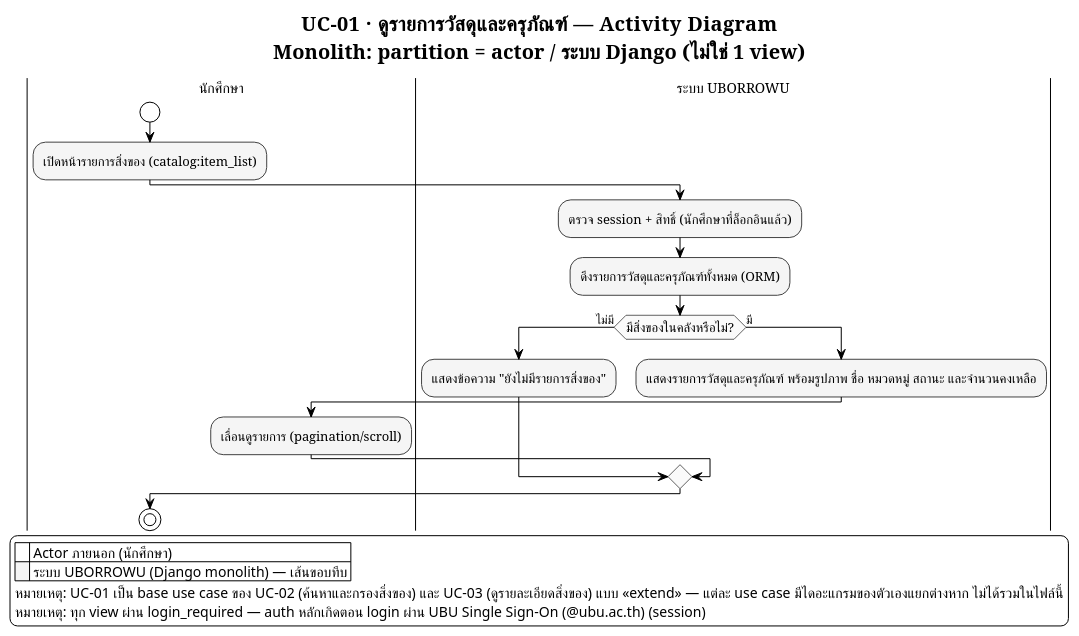
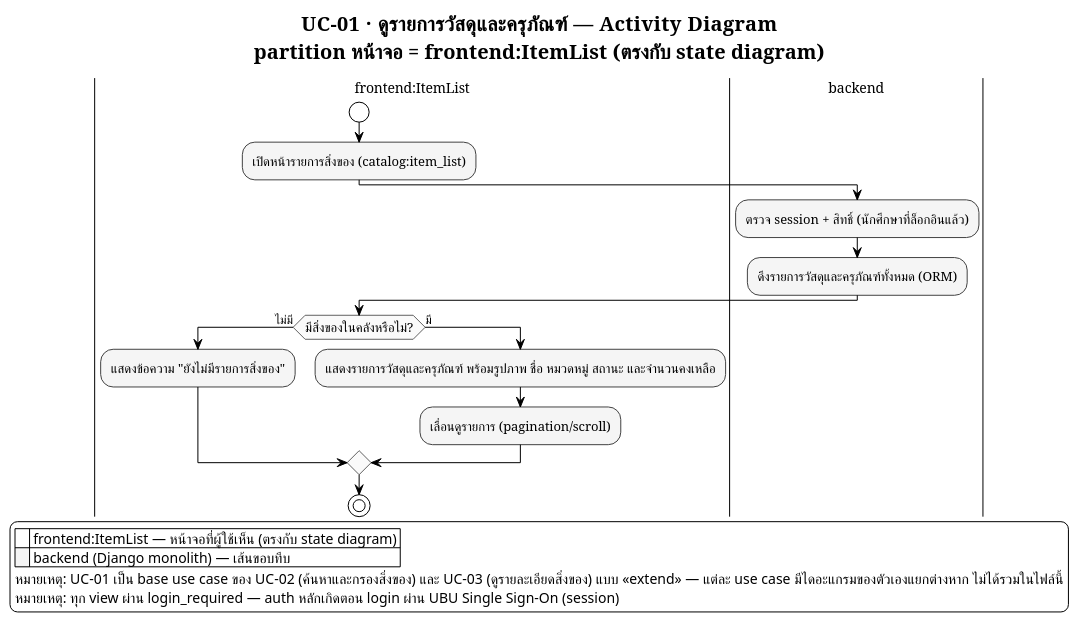
One commit to patlnwza-007/project-2569 changed the diagram in proposal/usecase/activity_module2_uc01.puml. Above: the diagram before and after it, drawn with PlantUML. The commit also changed 46 other files, not shown here.

First line of the commit message:
Rework UI state/activity diagrams onto frontend:PageCode/backend convention

```diff
--- a/proposal/usecase/activity_module2_uc01.puml
+++ b/proposal/usecase/activity_module2_uc01.puml
@@ -1,69 +1,68 @@
 @startuml activity_module2_uc01
 ' ══════════════════════════════════════════════════════════════════
 ' รองรับภาษาไทย — อ่านก่อน render:
 ' 1. บันทึกไฟล์นี้เป็น UTF-8 (ไม่ต้องมี BOM) เสมอ
 ' 2. ถ้า render ผ่าน CLI (plantuml.jar) ต้องระบุ flag encoding ด้วย:
 '      java -Dfile.encoding=UTF-8 -jar plantuml.jar -charset UTF-8 catalog_activity_UC01_item_list.puml
 ' 3. บังคับใช้ Smetana (pure-Java layout engine) แทน Graphviz/dot
 '    เพราะ Graphviz บางระบบ (โดยเฉพาะ Windows) อ่าน UTF-8 ไม่ตรง ทำให้ตัวอักษรไทยเพี้ยน/หาย
 !pragma layout smetana
 ' 4. ฟอนต์ที่มีสระ/วรรณยุกต์ไทยครบและ render ผ่าน Java ได้เสถียร
 '    - Windows: "TH Sarabun New" (ฟอนต์มาตรฐานราชการ) หรือ "Tahoma" (มากับเครื่องอยู่แล้ว)
 '    - Linux / PlantUML online server: เปลี่ยนเป็น "Noto Sans Thai" หรือ "Loma"
 skinparam defaultFontName "TH Sarabun New"
 skinparam defaultFontSize 14
 ' ══════════════════════════════════════════════════════════════════
 
 !theme plain
 skinparam titleFontName "TH Sarabun New"
 skinparam titleFontSize 20
 skinparam noteFontName "TH Sarabun New"
 skinparam ArrowFontName "TH Sarabun New"
 skinparam ArrowFontSize 12
 skinparam swimlaneTitleFontName "TH Sarabun New"
 skinparam swimlaneTitleFontSize 14
 
 ' ===== Monochrome เท่านั้น — ไม่มี partition ไหนสีต่างจากที่อื่น =====
 skinparam activity {
   BackgroundColor #F5F5F5
   BorderColor #424242
   FontName "TH Sarabun New"
   FontSize 13
   DiamondBackgroundColor #FAFAFA
   DiamondBorderColor #616161
 }
 skinparam partition {
   BackgroundColor #FAFAFA
   BorderColor #424242
 }
 
-title UC-01 · ดูรายการวัสดุและครุภัณฑ์ — Activity Diagram\nMonolith: partition = actor / ระบบ Django (ไม่ใช่ 1 view)
+title UC-01 · ดูรายการวัสดุและครุภัณฑ์ — Activity Diagram\npartition หน้าจอ = frontend:ItemList (ตรงกับ state diagram)
 
-|นักศึกษา|
+|frontend:ItemList|
 start
-' สมมติว่านักศึกษาเข้าสู่ระบบแล้ว (session ผ่าน allauth) — ไม่ต้องวาด OAuth ซ้ำใน flow นี้
+' สมมติว่านักศึกษาเข้าสู่ระบบแล้ว (session) — ไม่ต้องวาด OAuth/SSO ซ้ำใน flow นี้
 :เปิดหน้ารายการสิ่งของ (catalog:item_list);
 
-|ระบบ UBORROWU|
+|backend|
 :ตรวจ session + สิทธิ์ (นักศึกษาที่ล็อกอินแล้ว);
 :ดึงรายการวัสดุและครุภัณฑ์ทั้งหมด (ORM);
 
+|frontend:ItemList|
 if (มีสิ่งของในคลังหรือไม่?) then (ไม่มี)
   :แสดงข้อความ "ยังไม่มีรายการสิ่งของ";
 else (มี)
   :แสดงรายการวัสดุและครุภัณฑ์ พร้อมรูปภาพ ชื่อ หมวดหมู่ สถานะ และจำนวนคงเหลือ;
-
-  |นักศึกษา|
   :เลื่อนดูรายการ (pagination/scroll);
 endif
 
 stop
 
 legend right
-  |<back:white>    </back>| Actor ภายนอก (นักศึกษา) |
-  |<back:#F5F5F5>    </back>| ระบบ UBORROWU (Django monolith) — เส้นขอบทึบ |
+  |<back:white>    </back>| frontend:ItemList — หน้าจอที่ผู้ใช้เห็น (ตรงกับ state diagram) |
+  |<back:#F5F5F5>    </back>| backend (Django monolith) — เส้นขอบทึบ |
   หมายเหตุ: UC-01 เป็น base use case ของ UC-02 (ค้นหาและกรองสิ่งของ) และ UC-03 (ดูรายละเอียดสิ่งของ) แบบ <<extend>> — แต่ละ use case มีไดอะแกรมของตัวเองแยกต่างหาก ไม่ได้รวมในไฟล์นี้
-  หมายเหตุ: ทุก view ผ่าน login_required — auth หลักเกิดตอน login ผ่าน UBU Single Sign-On (@ubu.ac.th) (session)
+  หมายเหตุ: ทุก view ผ่าน login_required — auth หลักเกิดตอน login ผ่าน UBU Single Sign-On (session)
 endlegend
 
 @enduml
```
